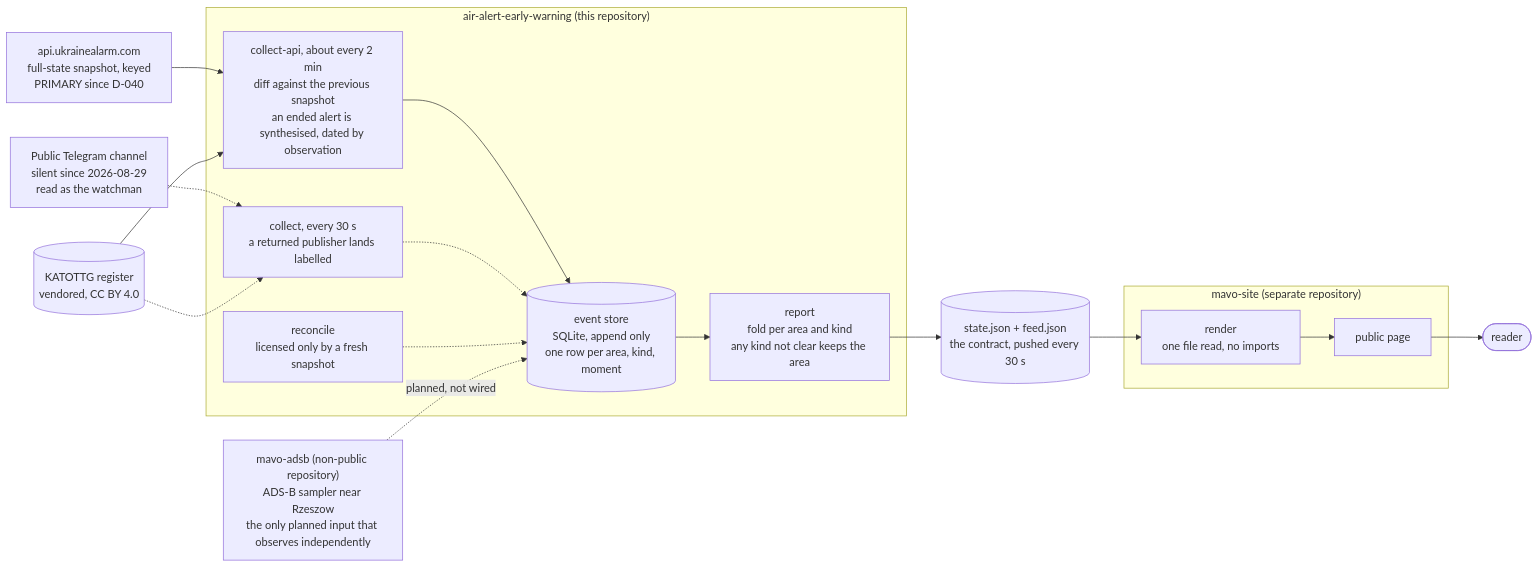
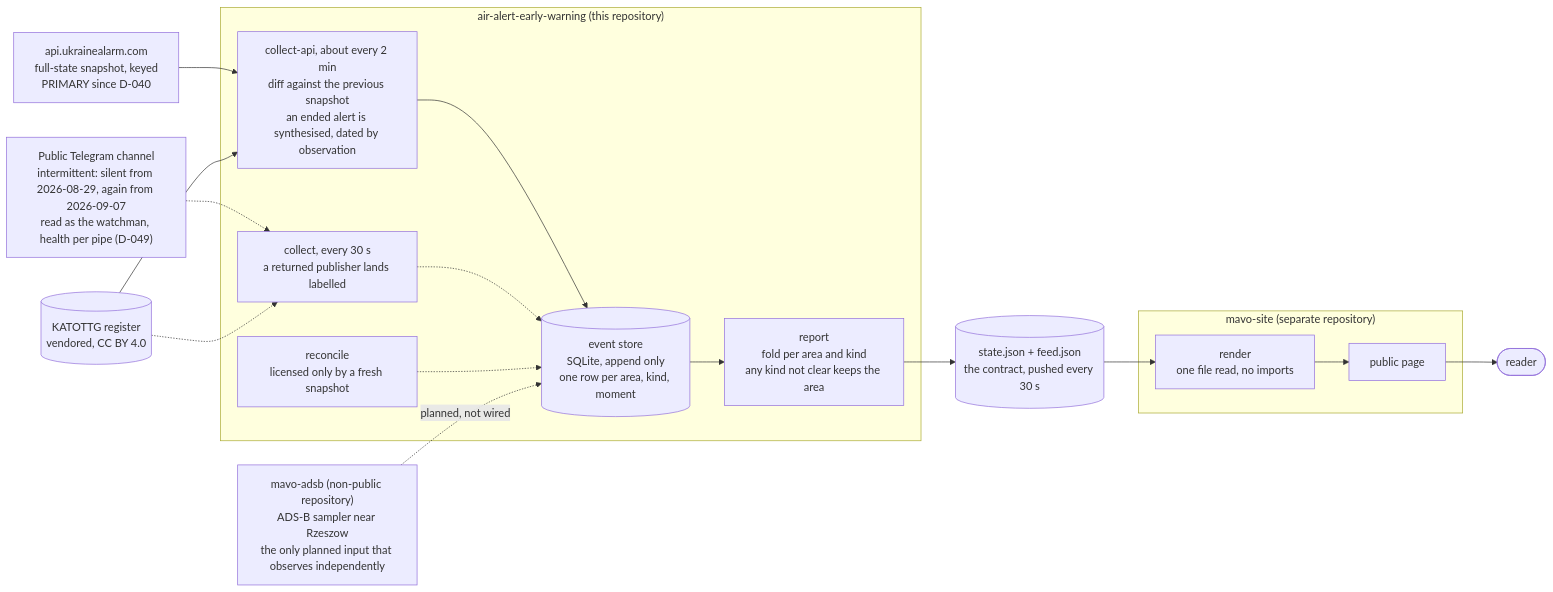
One commit to jerzy99jerzy/air-alert-early-warning changed the diagram in README.md. Above: the diagram before and after it, drawn with Mermaid. The commit also changed other lines of this file and 9 other files, not shown here.

Commit message:
0.53.1.1: the deploy record for 0.53.1.0, F147 and F148 in the diagrams, the watchman is intermittent

````diff
--- a/README.md
+++ b/README.md
@@ -208,39 +208,39 @@
 ```mermaid
 flowchart LR
     API["api.ukrainealarm.com<br/>full-state snapshot, keyed<br/>PRIMARY since D-040"]
-    CH["Public Telegram channel<br/>silent since 2026-08-29<br/>read as the watchman"]
+    CH["Public Telegram channel<br/>intermittent: silent from 2026-08-29, again from 2026-09-07<br/>read as the watchman, health per pipe (D-049)"]
     KAT[("KATOTTG register<br/>vendored, CC BY 4.0")]
 
     subgraph PROD["air-alert-early-warning (this repository)"]
         CAPI["collect-api, about every 2 min<br/>diff against the previous snapshot<br/>an ended alert is synthesised, dated by observation"]
         COLL["collect, every 30 s<br/>a returned publisher lands labelled"]
         STORE[("event store<br/>SQLite, append only<br/>one row per area, kind, moment")]
         REC["reconcile<br/>licensed only by a fresh snapshot"]
         REPORT["report<br/>fold per area and kind<br/>any kind not clear keeps the area"]
     end
 
     STATE[("state.json + feed.json<br/>the contract, pushed every 30 s")]
 
     subgraph SITE["mavo-site (separate repository)"]
         SERVE["render<br/>one file read, no imports"]
         PAGE["public page"]
     end
 
     ADSB["mavo-adsb (non-public repository)<br/>ADS-B sampler near Rzeszow<br/>the only planned input that observes independently"]
 
     READER(["reader"])
 
     API --> CAPI
     CH -.-> COLL
     KAT --> CAPI
     KAT -.-> COLL
     CAPI --> STORE
     COLL -.-> STORE
     STORE --> REPORT
     REC -.-> STORE
     REPORT --> STATE
     STATE --> SERVE
     SERVE --> PAGE
     PAGE --> READER
     ADSB -.->|"planned, not wired"| STORE
 ```
````
